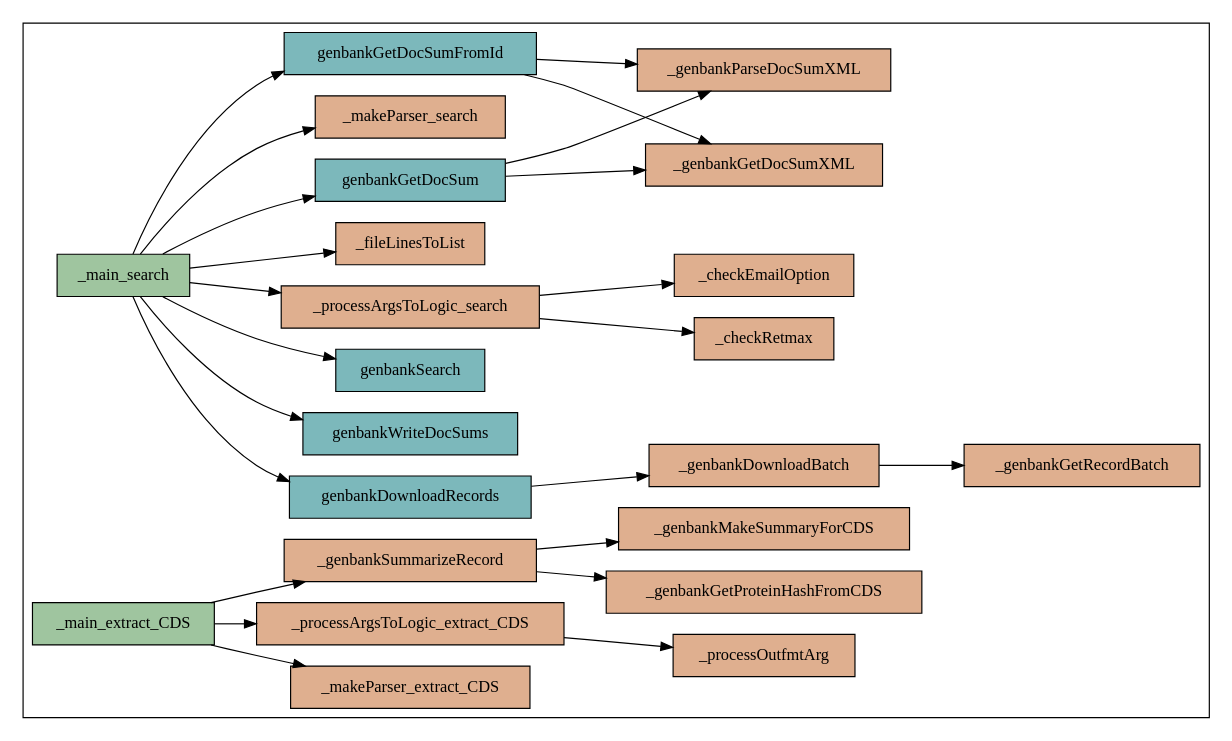
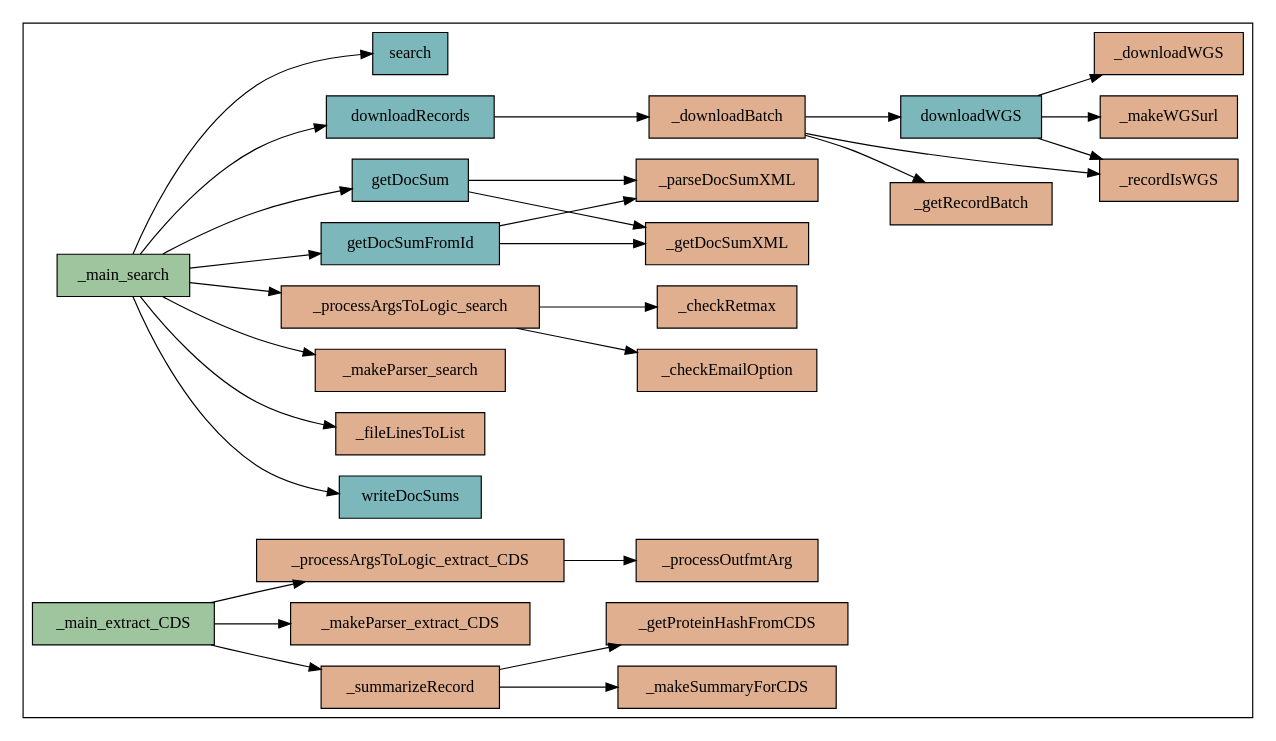
The diagram in docs/genbank.rst (mdjbru-forge/pygenbank), drawn with Graphviz before and after one commit. The commit also changed other lines of this file, not shown here.

Commit message:
Update function names in doc

```diff
--- a/docs/genbank.rst
+++ b/docs/genbank.rst
@@ -57,54 +57,63 @@
 .. graphviz::
 
   digraph G {
   rankdir=LR;
-  subgraph cluster1{
+  subgraph cluster_1 {
   node[shape=box,style=filled,fillcolor="#dfaf8f"];
   _processOutfmtArg;
   _fileLinesToList;
+  _makeSummaryForCDS;
   _checkEmailOption;
+  _getRecordBatch;
+  _recordIsWGS;
+  _downloadBatch;
+  _processArgsToLogic_extract_CDS;
+  _parseDocSumXML;
+  _getProteinHashFromCDS;
+  _getDocSumXML;
+  _makeParser_search;
+  _checkRetmax;
+  _summarizeRecord;
+  _downloadWGS;
+  _makeWGSurl;
+  _makeParser_extract_CDS;
   _processArgsToLogic_search;
-  _genbankParseDocSumXML;
-  _processArgsToLogic_extract_CDS;
-  _genbankSummarizeRecord;
-  _genbankDownloadBatch;
-  _genbankGetDocSumXML;
-  _makeParser_search;
-  _genbankMakeSummaryForCDS;
-  _checkRetmax;
-  _genbankGetRecordBatch;
-  _makeParser_extract_CDS;
-  _genbankGetProteinHashFromCDS;
   node[shape=box,style=filled,fillcolor="#7cb8bb"];
-  genbankDownloadRecords;
-  genbankGetDocSumFromId;
-  genbankWriteDocSums;
-  genbankSearch;
-  genbankGetDocSum;
+  getDocSumFromId;
+  downloadRecords;
+  getDocSum;
+  search;
+  downloadWGS;
+  writeDocSums;
   node[shape=box,style=filled,fillcolor="#9fc59f"];
   _main_search;
   _main_extract_CDS;
-  genbankDownloadRecords -> _genbankDownloadBatch;
-  genbankGetDocSumFromId -> _genbankParseDocSumXML;
-  genbankGetDocSumFromId -> _genbankGetDocSumXML;
+  getDocSum -> _getDocSumXML;
+  getDocSum -> _parseDocSumXML;
+  getDocSumFromId -> _getDocSumXML;
+  getDocSumFromId -> _parseDocSumXML;
+  downloadRecords -> _downloadBatch;
+  _processArgsToLogic_extract_CDS -> _processOutfmtArg;
+  downloadWGS -> _downloadWGS;
+  downloadWGS -> _makeWGSurl;
+  downloadWGS -> _recordIsWGS;
+  _downloadBatch -> downloadWGS;
+  _downloadBatch -> _getRecordBatch;
+  _downloadBatch -> _recordIsWGS;
+  _main_search -> search;
+  _main_search -> getDocSum;
+  _main_search -> _makeParser_search;
+  _main_search -> downloadRecords;
+  _main_search -> getDocSumFromId;
+  _main_search -> _fileLinesToList;
+  _main_search -> _processArgsToLogic_search;
+  _main_search -> writeDocSums;
   _processArgsToLogic_search -> _checkRetmax;
   _processArgsToLogic_search -> _checkEmailOption;
-  _genbankSummarizeRecord -> _genbankGetProteinHashFromCDS;
-  _genbankSummarizeRecord -> _genbankMakeSummaryForCDS;
-  _genbankDownloadBatch -> _genbankGetRecordBatch;
-  _processArgsToLogic_extract_CDS -> _processOutfmtArg;
-  _main_search -> _makeParser_search;
-  _main_search -> genbankGetDocSumFromId;
-  _main_search -> genbankSearch;
-  _main_search -> _fileLinesToList;
-  _main_search -> genbankGetDocSum;
-  _main_search -> genbankDownloadRecords;
-  _main_search -> genbankWriteDocSums;
-  _main_search -> _processArgsToLogic_search;
-  genbankGetDocSum -> _genbankParseDocSumXML;
-  genbankGetDocSum -> _genbankGetDocSumXML;
   _main_extract_CDS -> _processArgsToLogic_extract_CDS;
   _main_extract_CDS -> _makeParser_extract_CDS;
-  _main_extract_CDS -> _genbankSummarizeRecord;
+  _main_extract_CDS -> _summarizeRecord;
+  _summarizeRecord -> _getProteinHashFromCDS;
+  _summarizeRecord -> _makeSummaryForCDS;
   }
   }
```
